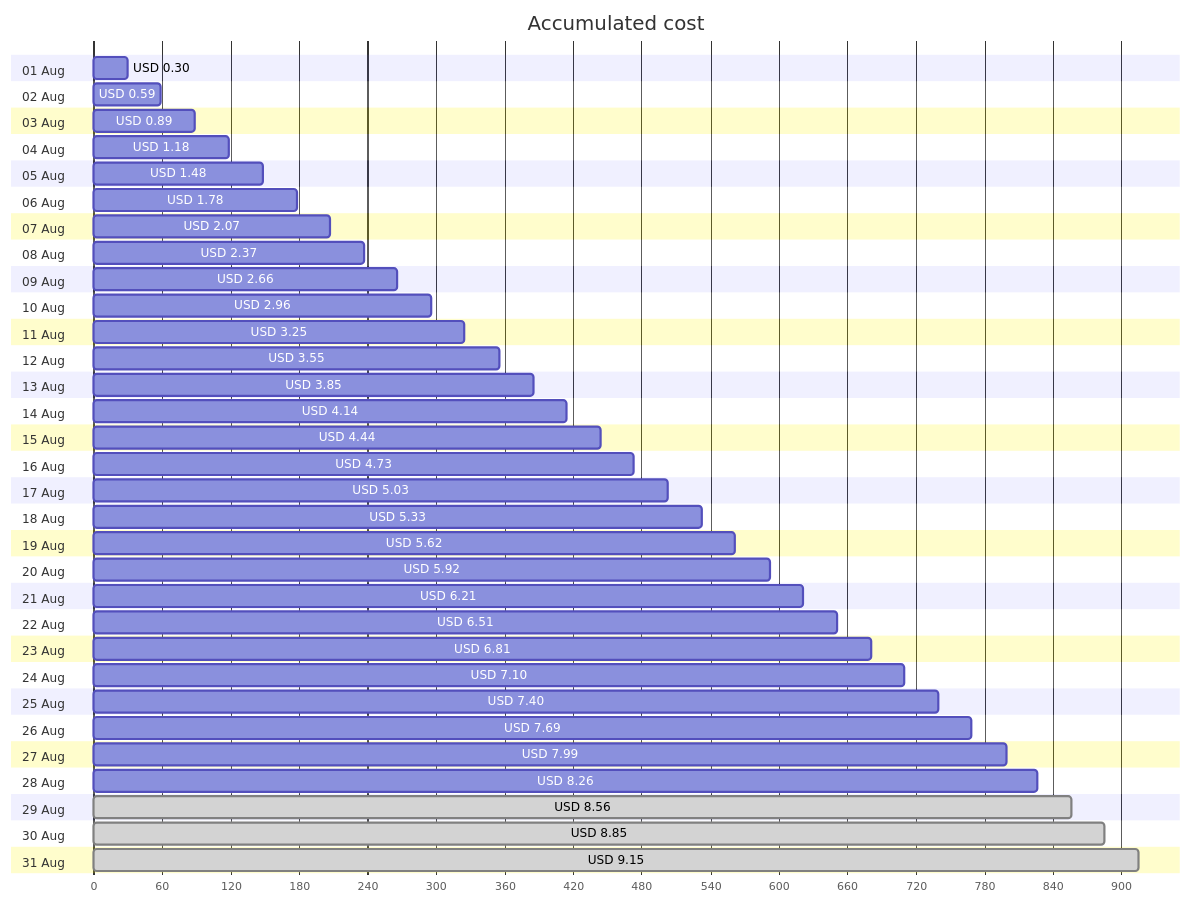
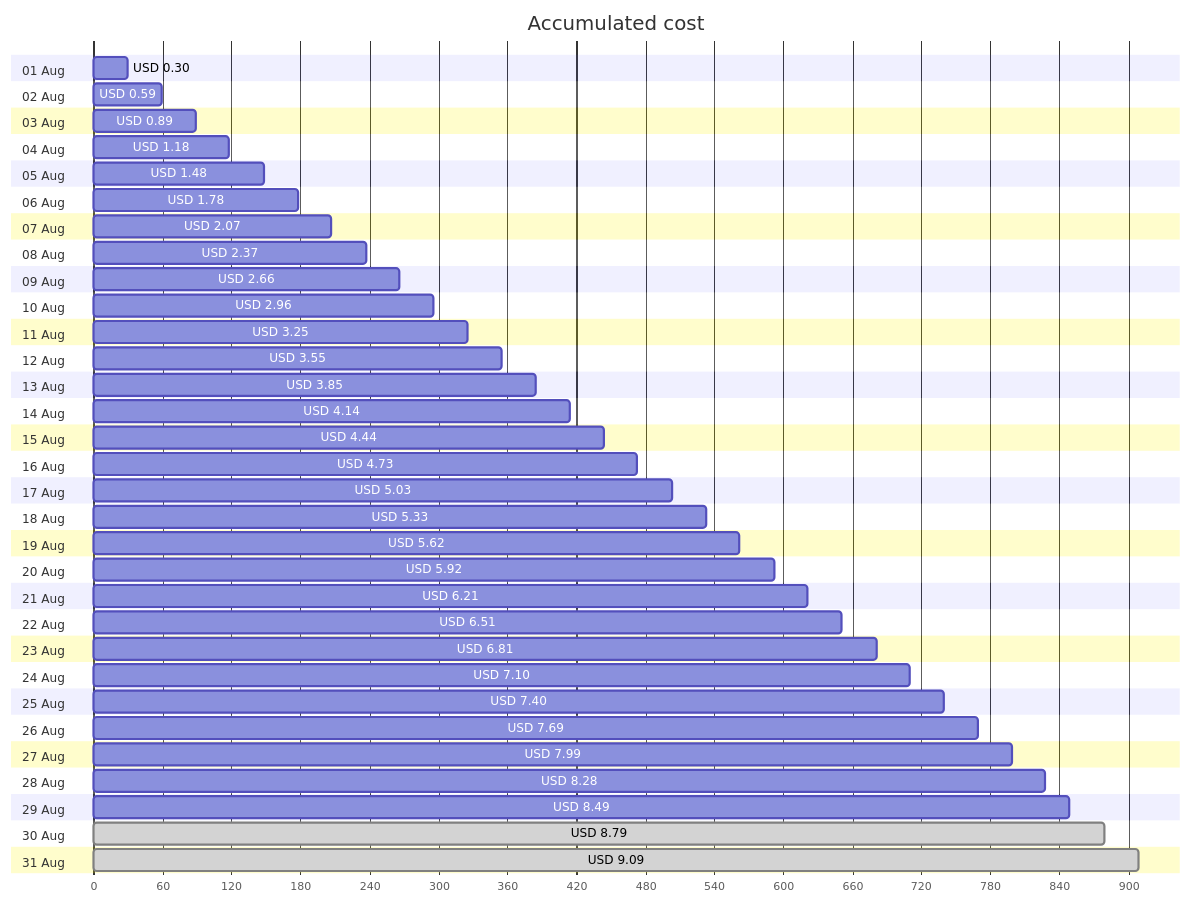
One commit to jpfulton/azure-personal-reports changed the first of 4 diagrams in cost-reports/personal-site/personal-site-preview.md. Above: the diagram before and after it, drawn with Mermaid. The commit also changed other lines of this file and 6 other files, not shown here.

````diff
--- a/cost-reports/personal-site/personal-site-preview.md
+++ b/cost-reports/personal-site/personal-site-preview.md
@@ -20,68 +20,68 @@
 ```mermaid
 gantt
    title Accumulated cost
    dateFormat  X
    axisFormat %s
    section 01 Aug
    USD 0.30 :0, 30
    section 02 Aug
    USD 0.59 :0, 59
    section 03 Aug
    USD 0.89 :0, 89
    section 04 Aug
    USD 1.18 :0, 118
    section 05 Aug
    USD 1.48 :0, 148
    section 06 Aug
    USD 1.78 :0, 178
    section 07 Aug
    USD 2.07 :0, 207
    section 08 Aug
    USD 2.37 :0, 237
    section 09 Aug
    USD 2.66 :0, 266
    section 10 Aug
    USD 2.96 :0, 296
    section 11 Aug
    USD 3.25 :0, 325
    section 12 Aug
    USD 3.55 :0, 355
    section 13 Aug
    USD 3.85 :0, 385
    section 14 Aug
    USD 4.14 :0, 414
    section 15 Aug
    USD 4.44 :0, 444
    section 16 Aug
    USD 4.73 :0, 473
    section 17 Aug
    USD 5.03 :0, 503
    section 18 Aug
    USD 5.33 :0, 533
    section 19 Aug
    USD 5.62 :0, 562
    section 20 Aug
    USD 5.92 :0, 592
    section 21 Aug
    USD 6.21 :0, 621
    section 22 Aug
    USD 6.51 :0, 651
    section 23 Aug
    USD 6.81 :0, 681
    section 24 Aug
    USD 7.10 :0, 710
    section 25 Aug
    USD 7.40 :0, 740
    section 26 Aug
    USD 7.69 :0, 769
    section 27 Aug
    USD 7.99 :0, 799
    section 28 Aug
-   USD 8.26 :0, 826
+   USD 8.28 :0, 828
    section 29 Aug
-   USD 8.56 : done, 0, 856
+   USD 8.49 :0, 849
    section 30 Aug
-   USD 8.85 : done, 0, 885
+   USD 8.79 : done, 0, 879
    section 31 Aug
-   USD 9.15 : done, 0, 915
+   USD 9.09 : done, 0, 909
 ```
````
